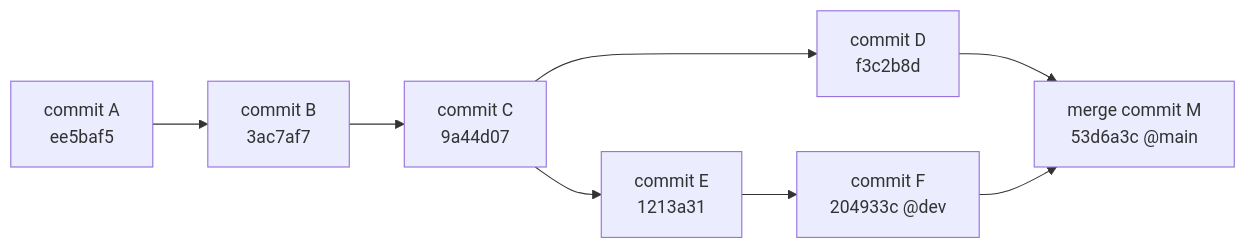
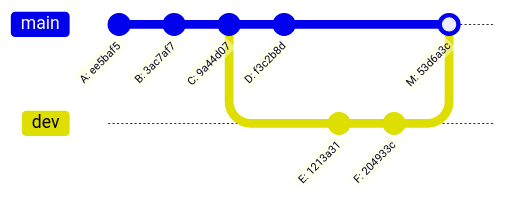
Before and after one commit to Aaron-212/portfolio: the third of 6 diagrams in src/content/blog/源代码管理.md, drawn with Mermaid. The commit also changed other lines of this file and 1 other file, not shown here.

Commit message:
Update graph and relock

````diff
--- a/src/content/blog/源代码管理.md
+++ b/src/content/blog/源代码管理.md
@@ -97,18 +84,14 @@
    ```mermaid
-   graph LR
-       A[commit A<br/>ee5baf5]
-       B[commit B<br/>3ac7af7]
-       C[commit C<br/>9a44d07]
-       D[commit D<br/>f3c2b8d]
-       E[commit E<br/>1213a31]
-       F[commit F<br/>204933c @dev]
-       M[merge commit M<br/>53d6a3c @main]
-
-       A --> B
-       B --> C
-       C --> D
-       C --> E
-       E --> F
-       D --> M
-       F --> M
+   gitGraph LR:
+       commit id: "A: ee5baf5"
+       commit id: "B: 3ac7af7"
+       commit id: "C: 9a44d07"
+       branch dev
+       checkout main
+       commit id: "D: f3c2b8d"
+       checkout dev
+       commit id: "E: 1213a31"
+       commit id: "F: 204933c"
+       checkout main
+       merge dev id: "M: 53d6a3c"
    ```
````
